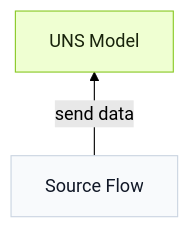
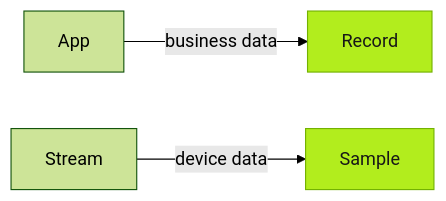
The second of 3 diagrams in src/content/docs/using-tier0/preparing-data-foundation.mdx (FREEZONEX/Tier0-docs-site), drawn with Mermaid (forest theme) before and after one commit. The commit also changed other lines of this file and 98 other files, not shown here.

````diff
--- a/src/content/docs/using-tier0/preparing-data-foundation.mdx
+++ b/src/content/docs/using-tier0/preparing-data-foundation.mdx
@@ -12,13 +50,8 @@
 ```mermaid
-flowchart BT
-  uns["UNS Model"]
-  flow["Source Flow"]
+flowchart LR
+  app["App"] -->|"business data"| record["Record"]
+  stream["Stream"] -->|"device data"| sample["Sample"]
 
-
-  flow -->|"send data"| uns
-
-  classDef t0accent fill:#EFFFD2,stroke:#8AC926,stroke-width:1px,color:#18230B
-  classDef t0node fill:#F8FAFC,stroke:#CBD5E1,stroke-width:1px,color:#111827
-  class uns t0accent
-  class flow t0node
+  classDef t0accent fill:#B2ED1D,stroke:#73B200,color:#171717
+  class record,sample t0accent
 ```
````
